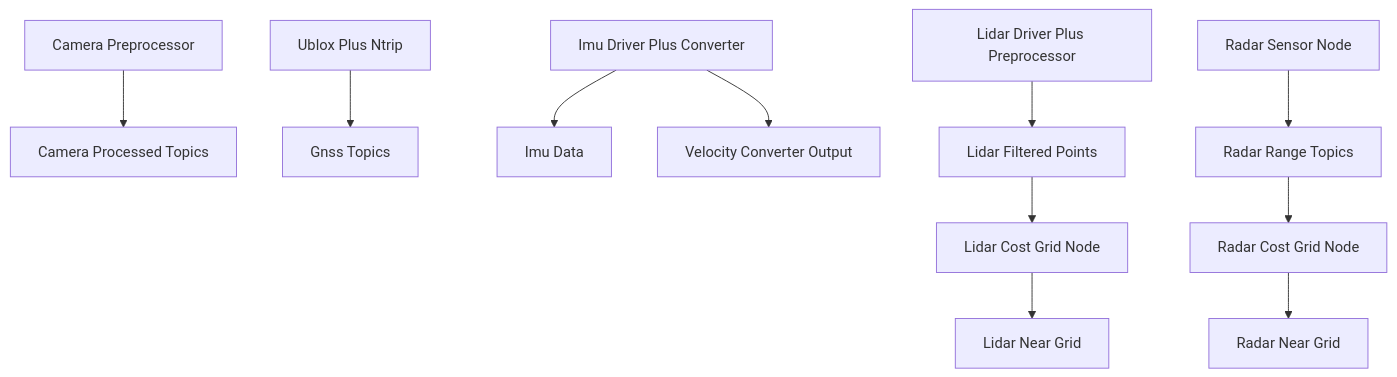
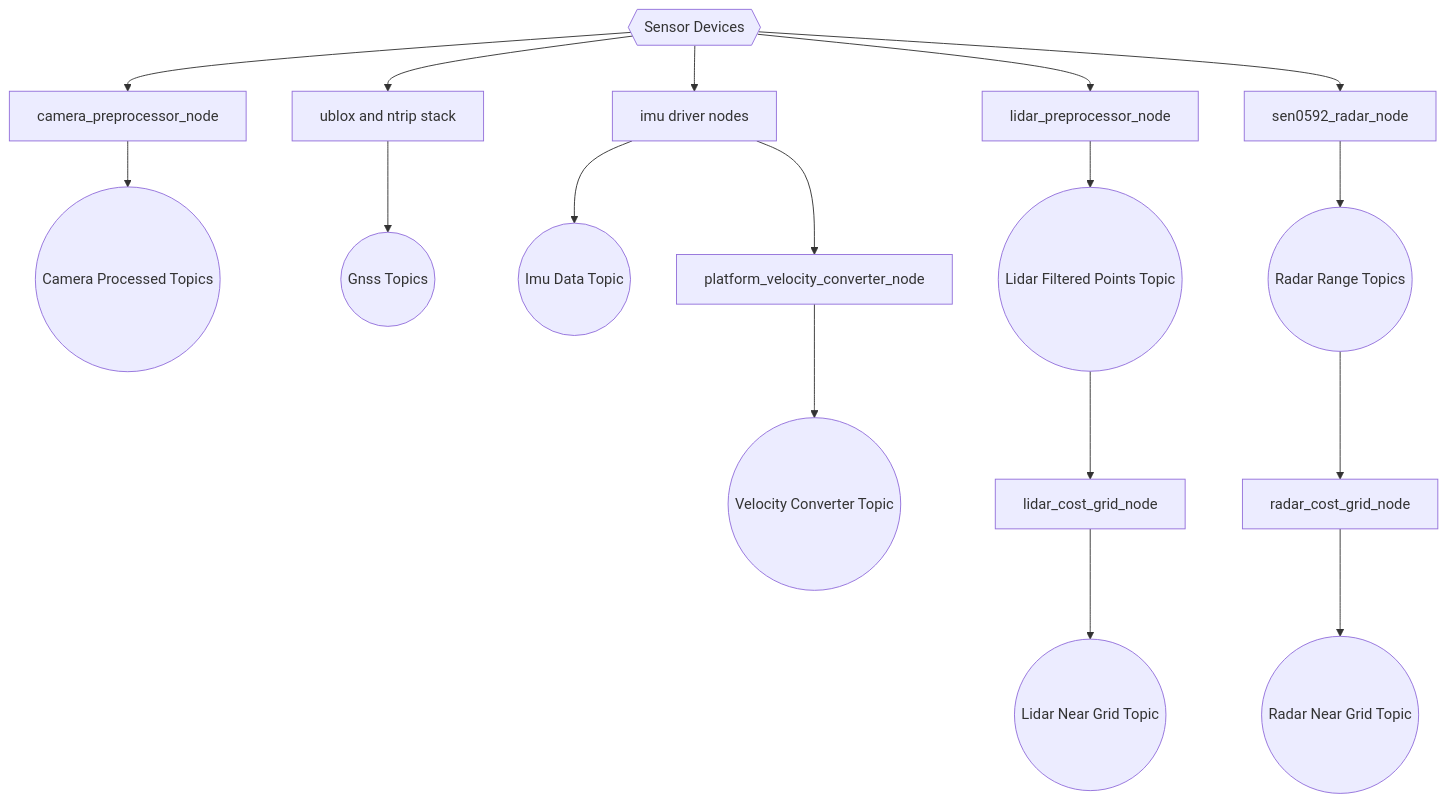
Before and after one commit to hwanhonglee/CAMROD: the first of 2 diagrams in camrod_sensing/README.md, drawn with Mermaid. The commit also changed other lines of this file and 13 other files, not shown here.

Commit message:
docs(readme): clarify diagram semantics and avg_msgs interface-only role

````diff
--- a/camrod_sensing/README.md
+++ b/camrod_sensing/README.md
@@ -7,13 +7,23 @@
 ```mermaid
 graph TD
-  CAM[Camera Preprocessor] --> CAMOUT[Camera Processed Topics]
-  GNSS[Ublox Plus Ntrip] --> GNSSOUT[Gnss Topics]
-  IMU[Imu Driver Plus Converter] --> IMUOUT[Imu Data]
-  IMU --> VEL[Velocity Converter Output]
-  LDRV[Lidar Driver Plus Preprocessor] --> LRAW[Lidar Filtered Points]
-  LRAW --> LGRID[Lidar Cost Grid Node]
-  LGRID --> LOUT[Lidar Near Grid]
-  RADAR[Radar Sensor Node] --> RRANGE[Radar Range Topics]
-  RRANGE --> RGRID[Radar Cost Grid Node]
-  RGRID --> ROUT[Radar Near Grid]
+  HW{{Sensor Devices}} --> CAM[camera_preprocessor_node]
+  CAM --> CAMOUT((Camera Processed Topics))
+
+  HW --> GNSS[ublox and ntrip stack]
+  GNSS --> GNSSOUT((Gnss Topics))
+
+  HW --> IMU[imu driver nodes]
+  IMU --> IMUOUT((Imu Data Topic))
+  IMU --> VEL[platform_velocity_converter_node]
+  VEL --> VELOUT((Velocity Converter Topic))
+
+  HW --> LDRV[lidar_preprocessor_node]
+  LDRV --> LRAW((Lidar Filtered Points Topic))
+  LRAW --> LGRID[lidar_cost_grid_node]
+  LGRID --> LOUT((Lidar Near Grid Topic))
+
+  HW --> RADAR[sen0592_radar_node]
+  RADAR --> RRANGE((Radar Range Topics))
+  RRANGE --> RGRID[radar_cost_grid_node]
+  RGRID --> ROUT((Radar Near Grid Topic))
 ```
````
